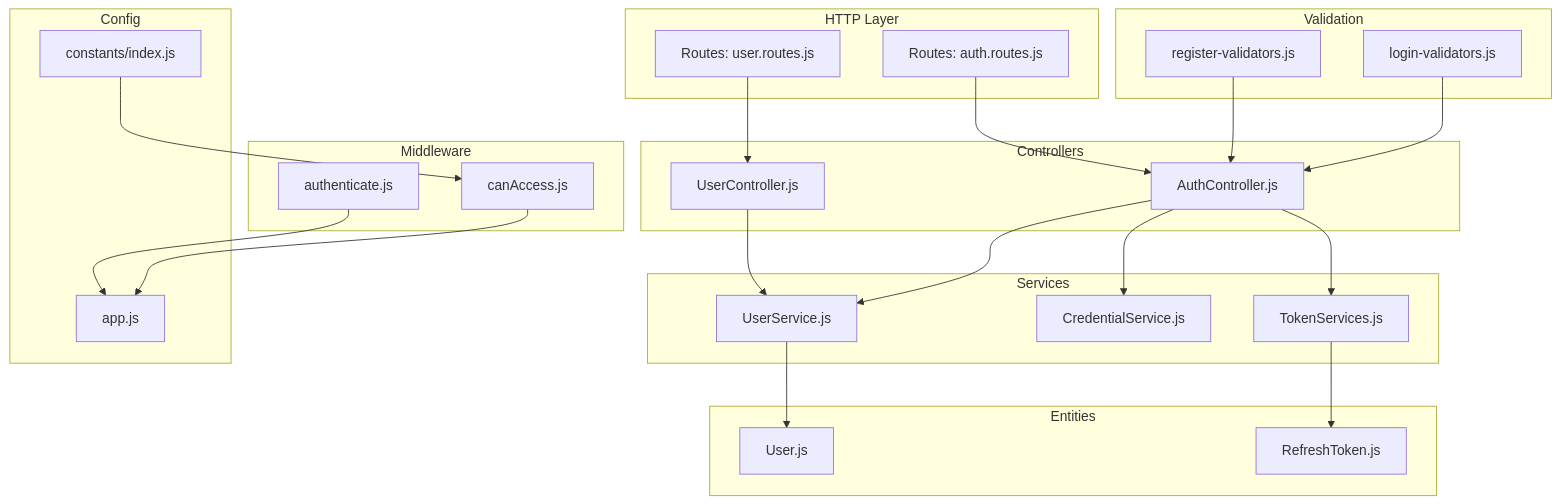
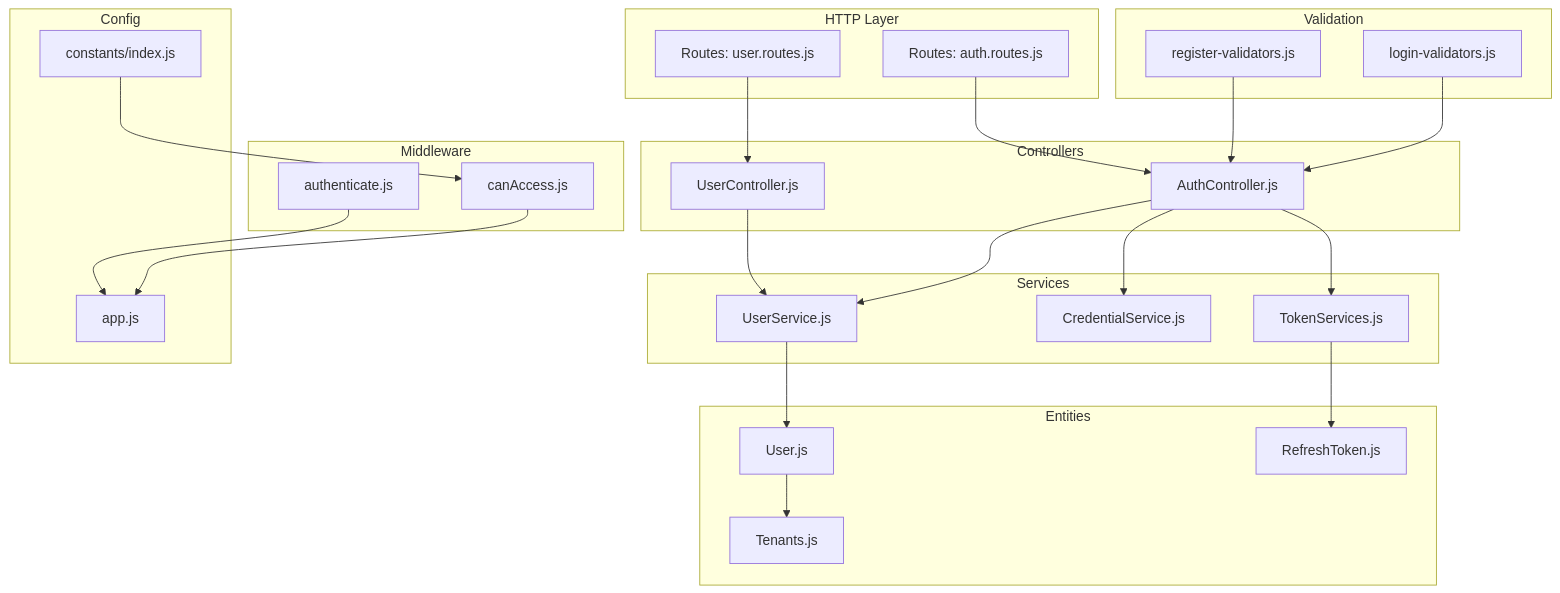
One commit to Trampoline999/mernspace-c-auth-service changed the first of 7 diagrams in .qoder/repowiki/en/content/User Management/User Management.md. Above: the diagram before and after it, drawn with Mermaid. The commit also changed other lines of this file and 47 other files, not shown here.

````diff
--- a/.qoder/repowiki/en/content/User Management/User Management.md
+++ b/.qoder/repowiki/en/content/User Management/User Management.md
@@ -50,45 +61,47 @@
 ```mermaid
 graph TB
 subgraph "HTTP Layer"
 RUser["Routes: user.routes.js"]
 RAuth["Routes: auth.routes.js"]
 end
 subgraph "Controllers"
 CUser["UserController.js"]
 CAuth["AuthController.js"]
 end
 subgraph "Services"
 SUser["UserService.js"]
 SCred["CredentialService.js"]
 STok["TokenServices.js"]
 end
 subgraph "Validation"
 VReg["register-validators.js"]
 VLog["login-validators.js"]
 end
 subgraph "Middleware"
 MAuth["authenticate.js"]
 MCan["canAccess.js"]
 end
 subgraph "Entities"
 EUser["User.js"]
 ERT["RefreshToken.js"]
+ETenant["Tenants.js"]
 end
 subgraph "Config"
 Const["constants/index.js"]
 App["app.js"]
 end
 RUser --> CUser
 RAuth --> CAuth
 CUser --> SUser
 CAuth --> SUser
 CAuth --> STok
 CAuth --> SCred
 SUser --> EUser
 STok --> ERT
 MAuth --> App
 MCan --> App
 VReg --> CAuth
 VLog --> CAuth
 Const --> MCan
+EUser --> ETenant
 ```
````
